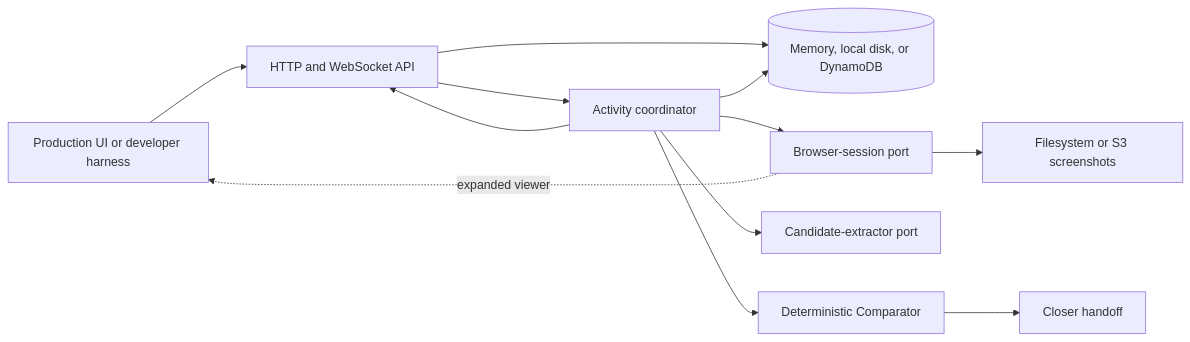
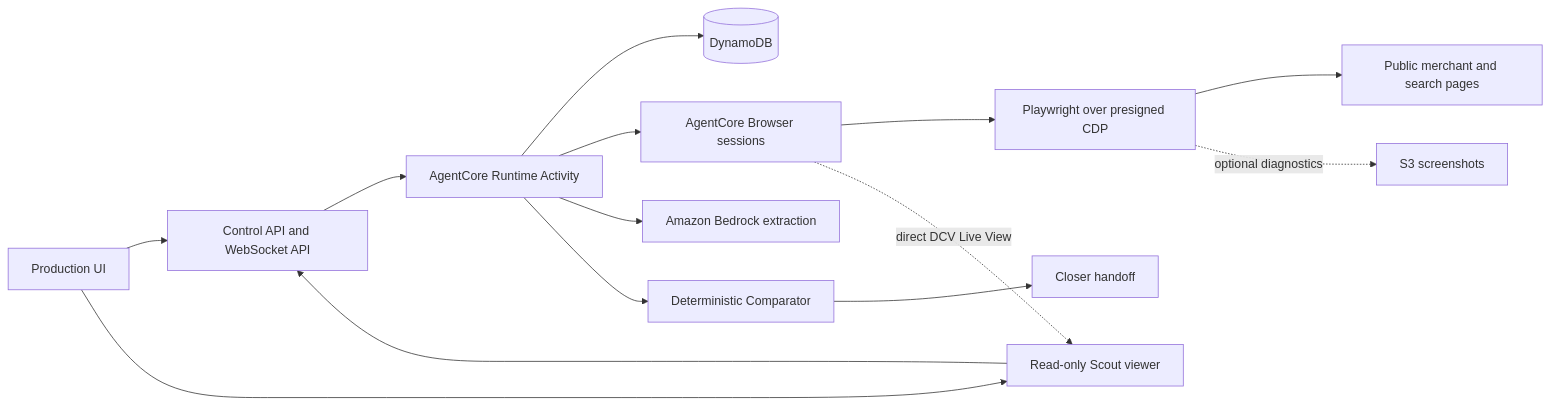
One commit to itsbrandonaw/straitsxhackathonworkflowagent changed the first of 2 diagrams in SYSTEM_DESIGN.md. Above: the diagram before and after it, drawn with Mermaid. The commit also changed other lines of this file and 59 other files, not shown here.

````diff
--- a/SYSTEM_DESIGN.md
+++ b/SYSTEM_DESIGN.md
@@ -5,14 +5,16 @@
 ```mermaid
 flowchart LR
-  UI[Production UI or developer harness] --> API[HTTP and WebSocket API]
-  API --> DB[(Memory, local disk, or DynamoDB)]
-  API --> RT[Activity coordinator]
-  RT --> BR[Browser-session port]
-  RT --> FM[Candidate-extractor port]
+  UI[Production UI] --> API[Control API and WebSocket API]
+  API --> RT[AgentCore Runtime Activity]
+  RT --> DB[(DynamoDB)]
+  RT --> BR[AgentCore Browser sessions]
+  BR --> PW[Playwright over presigned CDP]
+  PW --> WEB[Public merchant and search pages]
+  RT --> FM[Amazon Bedrock extraction]
   RT --> CMP[Deterministic Comparator]
-  BR --> SHOT[Filesystem or S3 screenshots]
-  RT --> DB
-  RT --> API
-  BR -. expanded viewer .-> UI
+  PW -. optional diagnostics .-> SHOT[S3 screenshots]
+  UI --> VIEWER[Read-only Scout viewer]
+  VIEWER --> API
+  BR -. direct DCV Live View .-> VIEWER
   CMP --> HANDOFF[Closer handoff]
 ```
````
